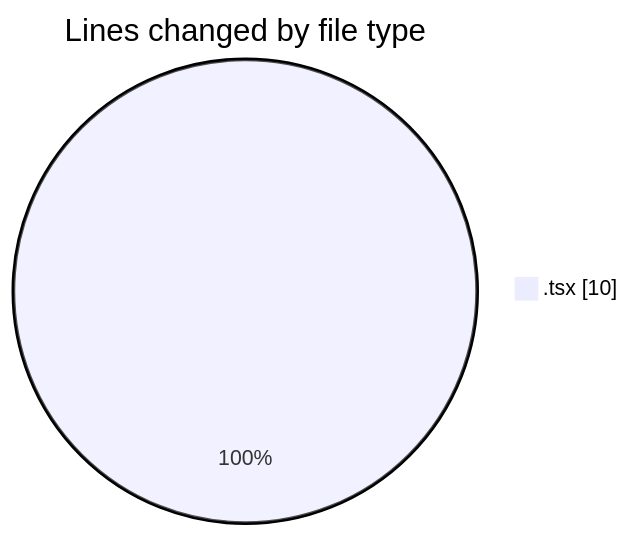
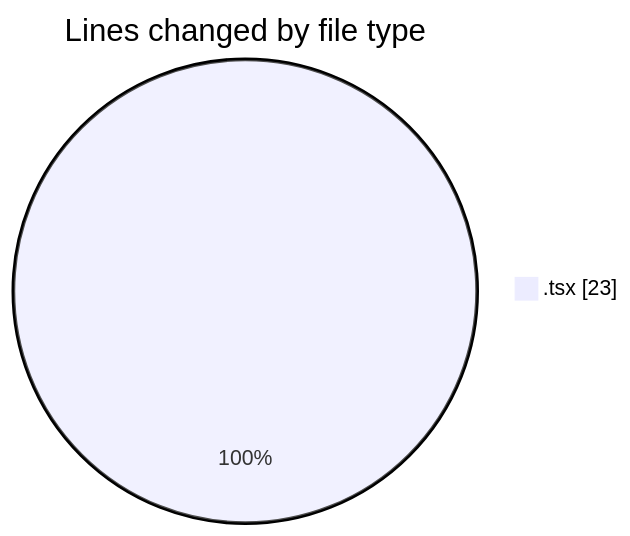
One commit to robertbonfada/code-tracking changed the first of 2 diagrams in 2025-03-19/peregrino-web/README.md. Above: the diagram before and after it, drawn with Mermaid. The commit also changed other lines of this file and 1 other file, not shown here.

````diff
--- a/2025-03-19/peregrino-web/README.md
+++ b/2025-03-19/peregrino-web/README.md
@@ -21,5 +21,5 @@
 ```mermaid
 pie showData
 title Lines changed by file type
-".tsx" : 10
+".tsx" : 23
 ```
````
